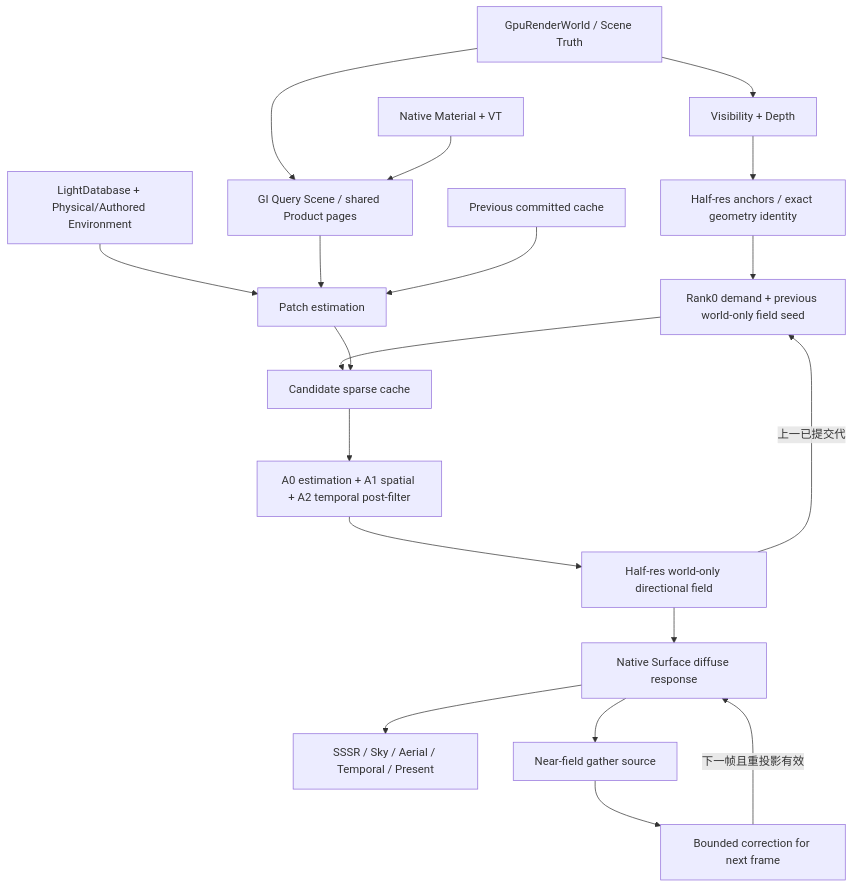
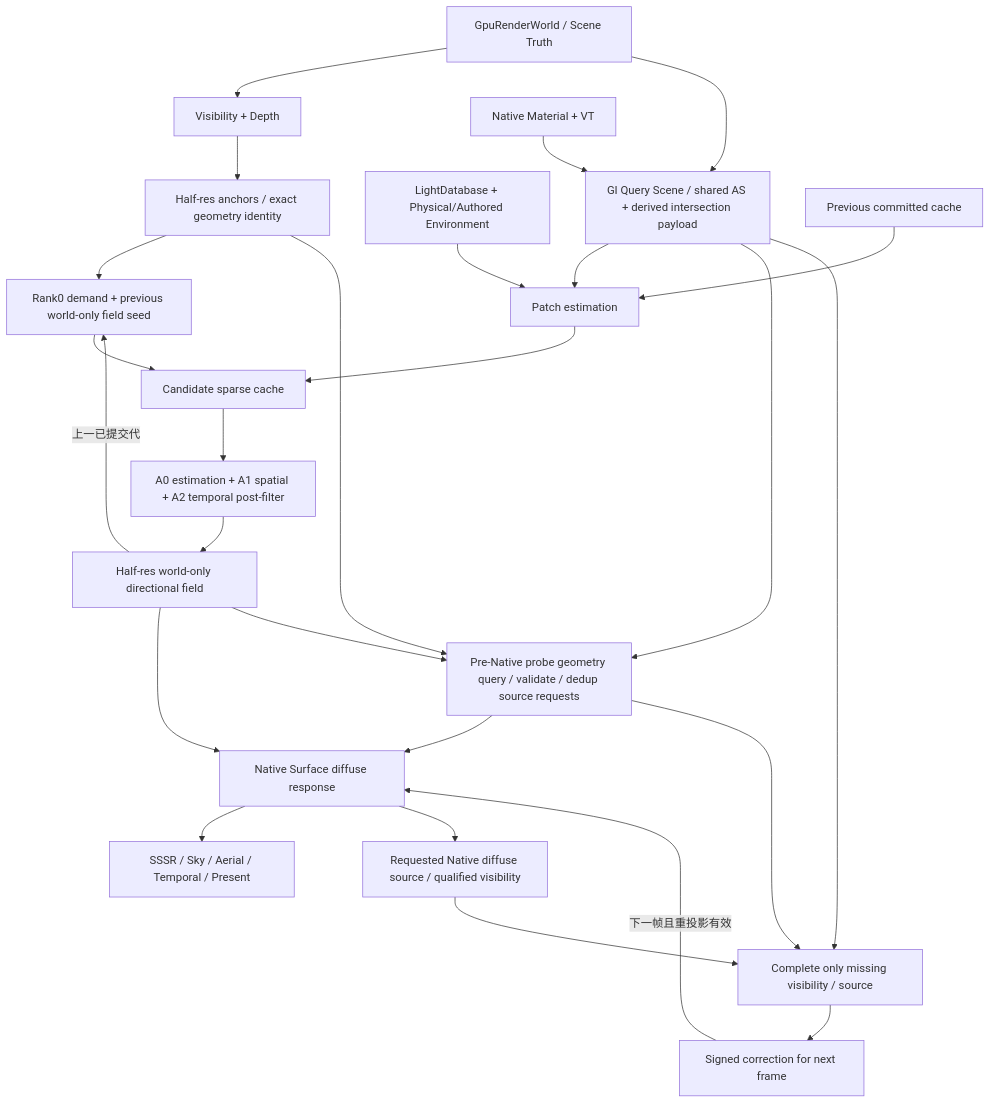
The diagram in docs/next-design/eengine-surface-cache-gi-2026-10.md (bigbigbig2/EEngine), drawn with Mermaid before and after one commit. The commit also changed other lines of this file and 2 other files, not shown here.

````diff
--- a/docs/next-design/eengine-surface-cache-gi-2026-10.md
+++ b/docs/next-design/eengine-surface-cache-gi-2026-10.md
@@ -84,21 +90,28 @@
 ```mermaid
 flowchart TD
   T[GpuRenderWorld / Scene Truth] --> V[Visibility + Depth]
-  T --> Q[GI Query Scene / shared Product pages]
+  T --> Q[GI Query Scene / shared AS + derived intersection payload]
   M[Native Material + VT] --> Q
   L[LightDatabase + Physical/Authored Environment] --> E[Patch estimation]
   V --> A[Half-res anchors / exact geometry identity]
   A --> D[Rank0 demand + previous world-only field seed]
   Q --> E
   D --> C[Candidate sparse cache]
   P[Previous committed cache] --> E
   E --> C
   C --> F[A0 estimation + A1 spatial + A2 temporal post-filter]
   F --> H[Half-res world-only directional field]
   H -->|上一已提交代| D
   H --> S[Native Surface diffuse response]
   S --> R[SSSR / Sky / Aerial / Temporal / Present]
-  S --> G[Near-field gather source]
-  G --> N[Bounded correction for next frame]
+  A --> B[Pre-Native probe geometry query / validate / dedup source requests]
+  Q --> B
+  H --> B
+  B --> S
+  S --> G[Requested Native diffuse source / qualified visibility]
+  G --> J[Complete only missing visibility / source]
+  Q --> J
+  B --> J
+  J --> N[Signed correction for next frame]
   N -->|下一帧且重投影有效| S
 ```
````
